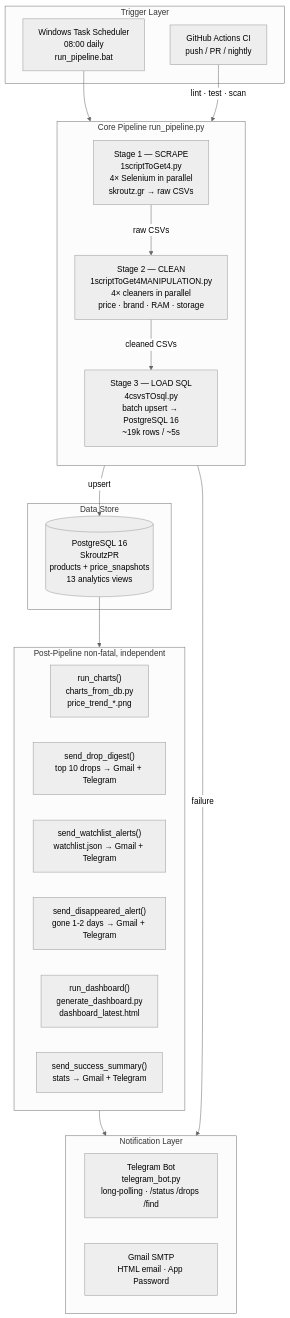
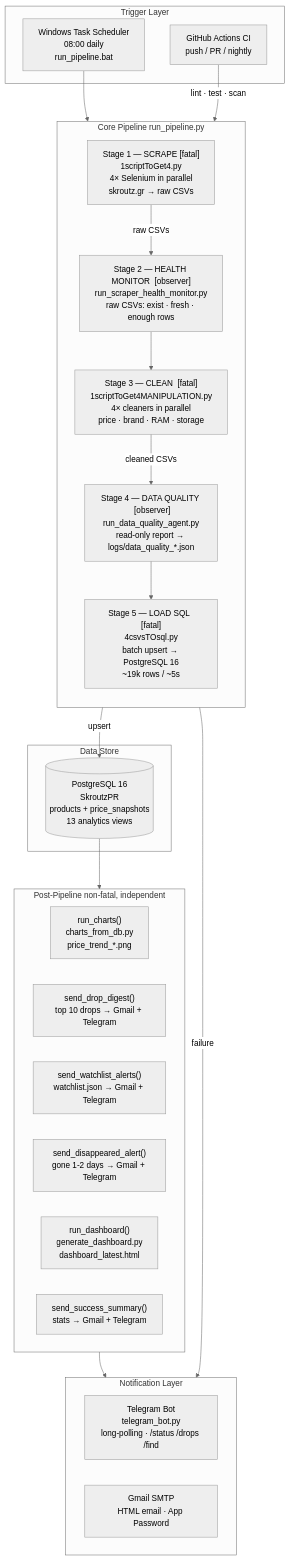
The diagram in PIPELINE.md (StavrosKav/skroutz-data-pipeline), drawn with Mermaid (neutral theme) before and after one commit. The commit also changed other lines of this file, not shown here.

First line of the commit message:
docs: 5-stage pipeline with observer semantics in PIPELINE.md

````diff
--- a/PIPELINE.md
+++ b/PIPELINE.md
@@ -5,41 +5,45 @@
 ```mermaid
 flowchart TD
     subgraph Trigger["Trigger Layer"]
         WTS["Windows Task Scheduler\n08:00 daily\nrun_pipeline.bat"]
         GHA["GitHub Actions CI\npush / PR / nightly"]
     end
 
     subgraph Core["Core Pipeline  run_pipeline.py"]
         direction TB
-        S1["Stage 1 — SCRAPE\n1scriptToGet4.py\n4× Selenium in parallel\nskroutz.gr → raw CSVs"]
-        S2["Stage 2 — CLEAN\n1scriptToGet4MANIPULATION.py\n4× cleaners in parallel\nprice · brand · RAM · storage"]
-        S3["Stage 3 — LOAD SQL\n4csvsTOsql.py\nbatch upsert → PostgreSQL 16\n~19k rows / ~5s"]
-        S1 -->|raw CSVs| S2
-        S2 -->|cleaned CSVs| S3
+        S1["Stage 1 — SCRAPE  [fatal]\n1scriptToGet4.py\n4× Selenium in parallel\nskroutz.gr → raw CSVs"]
+        HM["Stage 2 — HEALTH MONITOR  [observer]\nrun_scraper_health_monitor.py\nraw CSVs: exist · fresh · enough rows"]
+        S2["Stage 3 — CLEAN  [fatal]\n1scriptToGet4MANIPULATION.py\n4× cleaners in parallel\nprice · brand · RAM · storage"]
+        DQ["Stage 4 — DATA QUALITY  [observer]\nrun_data_quality_agent.py\nread-only report → logs/data_quality_*.json"]
+        S3["Stage 5 — LOAD SQL  [fatal]\n4csvsTOsql.py\nbatch upsert → PostgreSQL 16\n~19k rows / ~5s"]
+        S1 -->|raw CSVs| HM
+        HM --> S2
+        S2 -->|cleaned CSVs| DQ
+        DQ --> S3
     end
 
     subgraph Post["Post-Pipeline  non-fatal, independent"]
         CH["run_charts()\ncharts_from_db.py\nprice_trend_*.png"]
         DD["send_drop_digest()\ntop 10 drops → Gmail + Telegram"]
         WL["send_watchlist_alerts()\nwatchlist.json → Gmail + Telegram"]
         DA["send_disappeared_alert()\ngone 1-2 days → Gmail + Telegram"]
         DB["run_dashboard()\ngenerate_dashboard.py\ndashboard_latest.html"]
         OK["send_success_summary()\nstats → Gmail + Telegram"]
     end
 
     subgraph Notify["Notification Layer"]
         TG["Telegram Bot\ntelegram_bot.py\nlong-polling · /status /drops /find"]
         GM["Gmail SMTP\nHTML email · App Password"]
     end
 
     subgraph Store["Data Store"]
         PG[("PostgreSQL 16\nSkroutzPR\nproducts + price_snapshots\n13 analytics views")]
     end
 
     WTS --> Core
     GHA -->|lint · test · scan| Core
     S3 -->|upsert| PG
     PG --> Post
     Post --> Notify
     Core -->|failure| Notify
 ```
````
